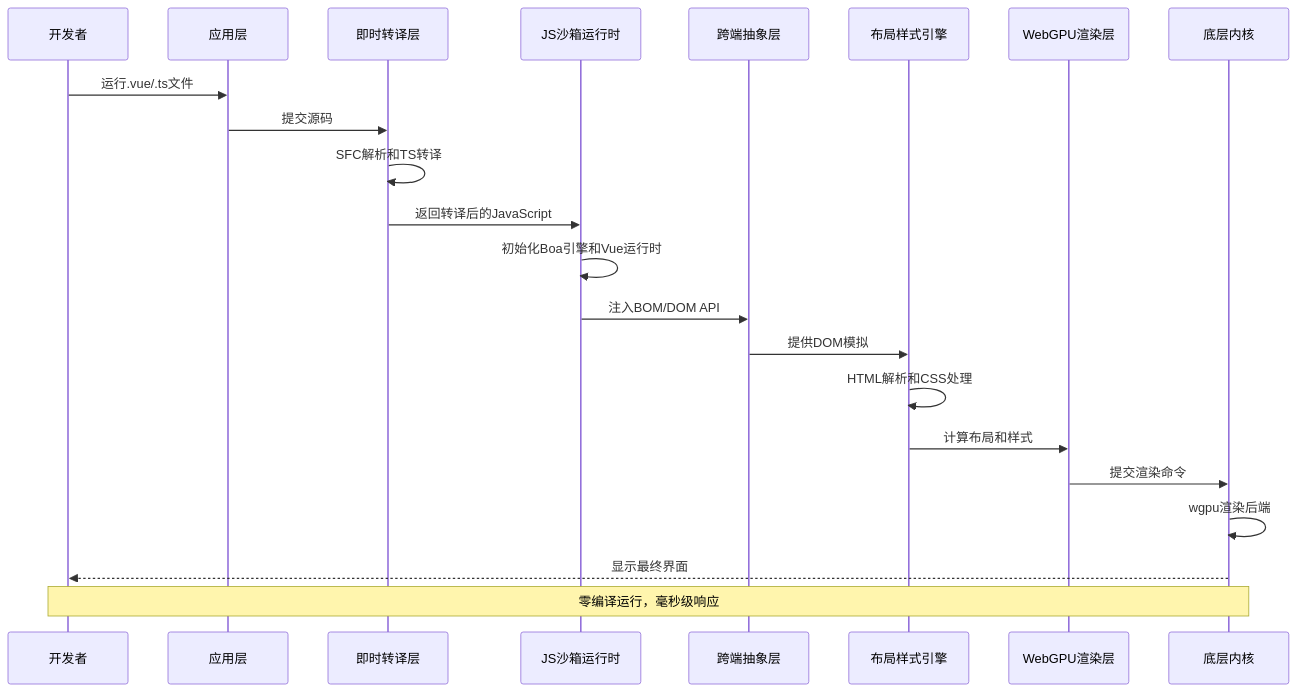
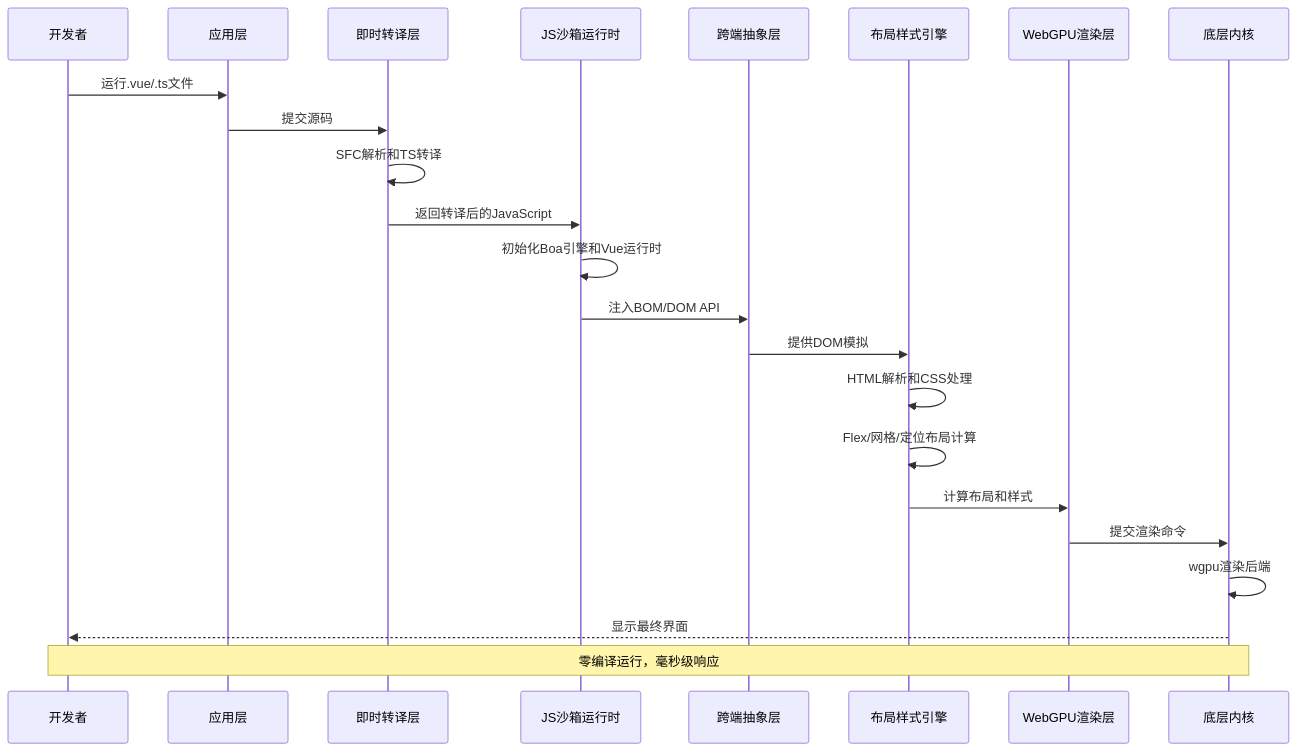
The third of 3 diagrams in .qoder/repowiki/zh/content/技术架构详解/整体架构设计/整体架构设计.md (itszzl-sudo/iris), drawn with Mermaid before and after one commit. The commit also changed other lines of this file and 6 other files, not shown here.

````diff
--- a/.qoder/repowiki/zh/content/技术架构详解/整体架构设计/整体架构设计.md
+++ b/.qoder/repowiki/zh/content/技术架构详解/整体架构设计/整体架构设计.md
@@ -428,24 +458,25 @@
 ```mermaid
 sequenceDiagram
 participant Dev as 开发者
 participant App as 应用层
 participant Trans as 即时转译层
 participant JS as JS沙箱运行时
 participant Abs as 跨端抽象层
 participant Layout as 布局样式引擎
 participant GPU as WebGPU渲染层
 participant Kernel as 底层内核
 Dev->>App : 运行.vue/.ts文件
 App->>Trans : 提交源码
 Trans->>Trans : SFC解析和TS转译
 Trans->>JS : 返回转译后的JavaScript
 JS->>JS : 初始化Boa引擎和Vue运行时
 JS->>Abs : 注入BOM/DOM API
 Abs->>Layout : 提供DOM模拟
 Layout->>Layout : HTML解析和CSS处理
+Layout->>Layout : Flex/网格/定位布局计算
 Layout->>GPU : 计算布局和样式
 GPU->>Kernel : 提交渲染命令
 Kernel->>Kernel : wgpu渲染后端
 Kernel-->>Dev : 显示最终界面
 Note over Dev,Kernel : 零编译运行，毫秒级响应
 ```
````
